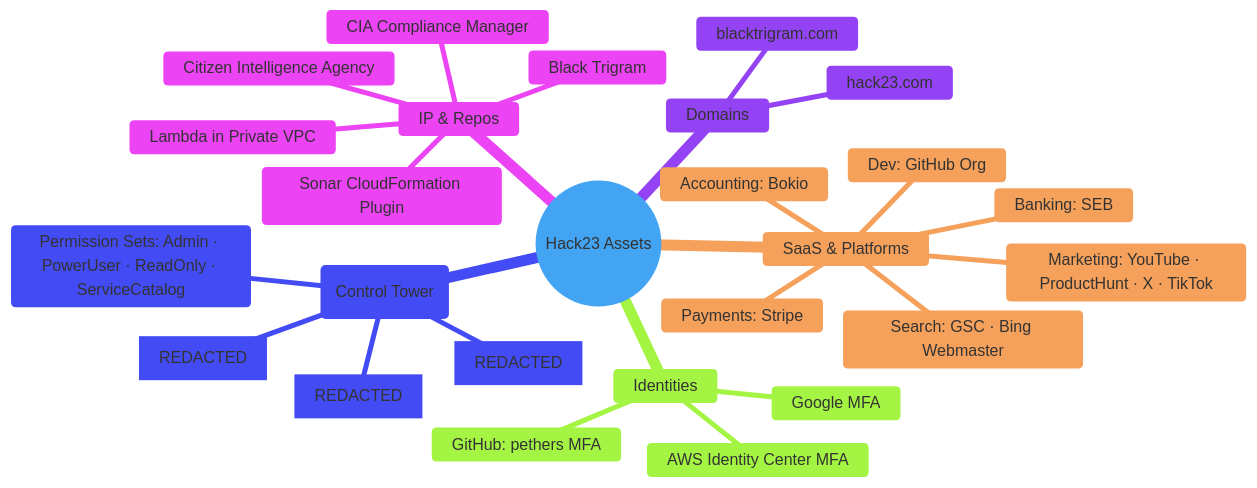
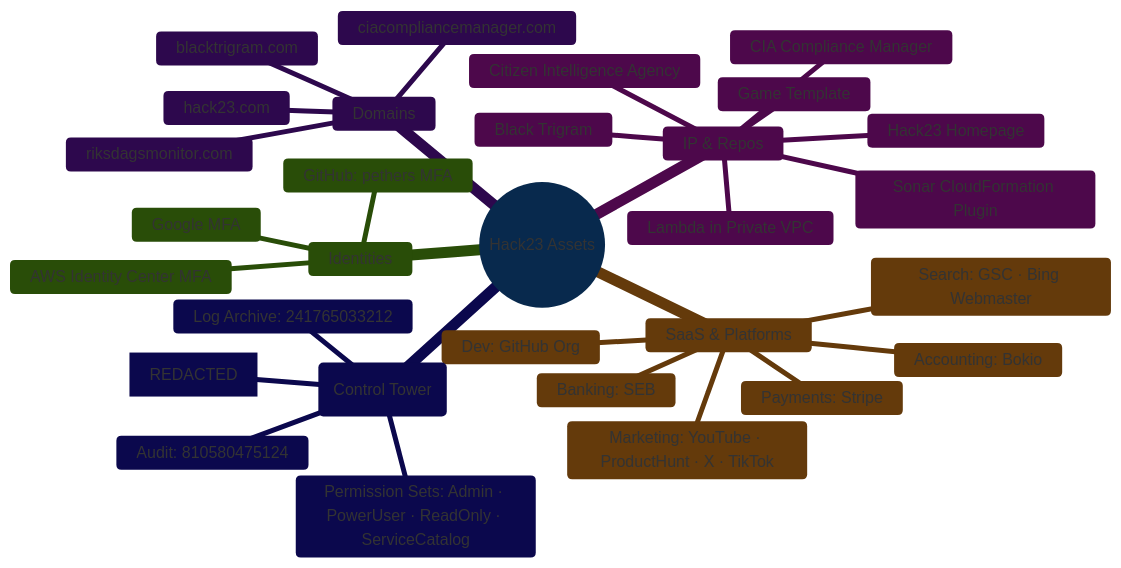
The first of 8 diagrams in Asset_Register.md (Hack23/ISMS-PUBLIC), drawn with Mermaid before and after one commit. The commit also changed other lines of this file and 35 other files, not shown here.

````diff
--- a/Asset_Register.md
+++ b/Asset_Register.md
@@ -60,32 +60,36 @@
 ```mermaid
 %%{
-  init: { 'theme': 'base', 'themeVariables': { 'primaryColor': '#bbdefb', 'lineColor': '#90caf9' } }
+  init: { 'theme': 'base', 'themeVariables': { 'primaryColor': '#1565C0', 'lineColor': '#1565C0' } }
 }%%
 mindmap
   root((Hack23 Assets))
     Identities
       Google MFA
       GitHub: pethers MFA
       AWS Identity Center MFA
     SaaS & Platforms
       Accounting: Bokio
       Banking: SEB
       Dev: GitHub Org
       Payments: Stripe
       Marketing: YouTube · ProductHunt · X · TikTok
       Search: GSC · Bing Webmaster
     AWS Org (Control Tower)
-      Audit: [REDACTED]
-      Log Archive: [REDACTED]
+      Audit: 810580475124
+      Log Archive: 241765033212
       hack23master: [REDACTED]
       Permission Sets: Admin · PowerUser · ReadOnly · ServiceCatalog
     Domains
       hack23.com
       blacktrigram.com
+      ciacompliancemanager.com
+      riksdagsmonitor.com
     IP & Repos
       Black Trigram
       CIA Compliance Manager
       Citizen Intelligence Agency
+      Game Template
+      Hack23 Homepage
       Lambda in Private VPC
       Sonar CloudFormation Plugin
 ```
````
